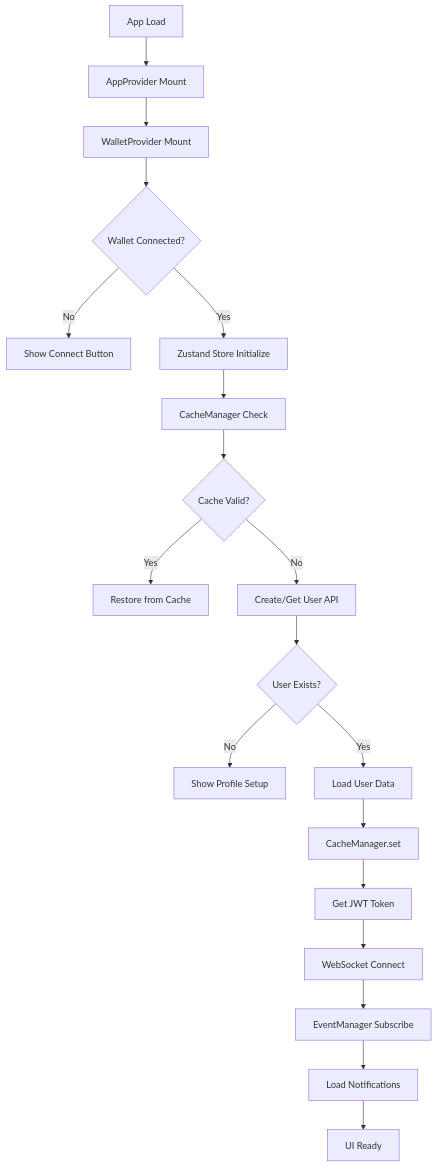
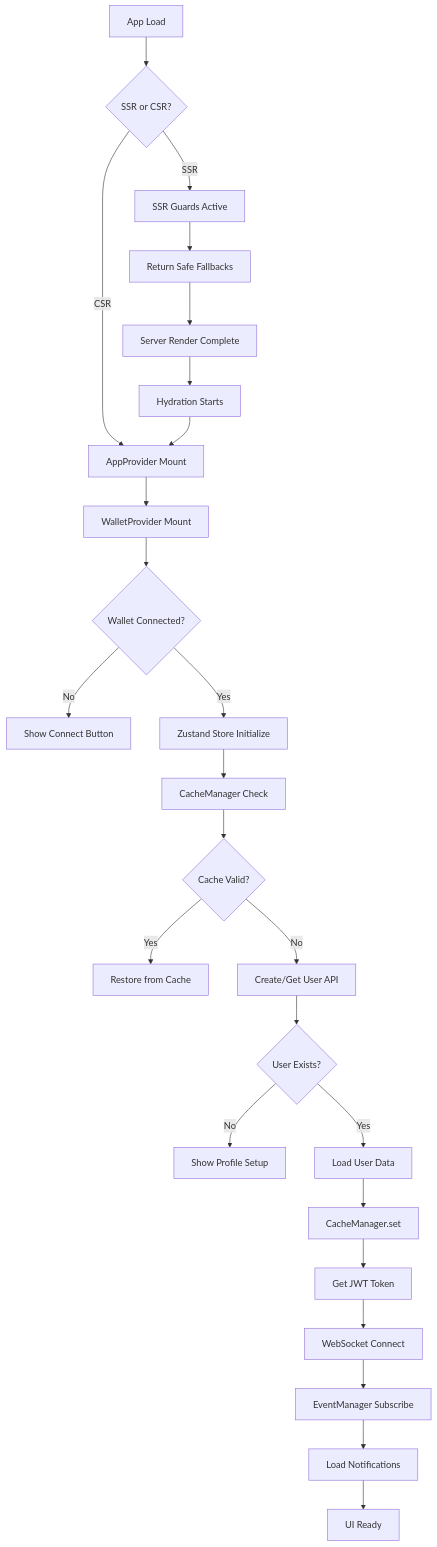
One commit to DarthNec/Fonana changed the first of 3 diagrams in docs/Fonana_Context_Flows.md. Above: the diagram before and after it, drawn with Mermaid. The commit also changed other lines of this file and 49 other files, not shown here.

Commit message:
fix: deploy all actual changes (HomePageClient, SW, WalletProvider, etc)

````diff
--- a/docs/Fonana_Context_Flows.md
+++ b/docs/Fonana_Context_Flows.md
@@ -49,21 +49,28 @@
 ```mermaid
 graph TD
-    A[App Load] --> B[AppProvider Mount]
-    B --> C[WalletProvider Mount]
-    C --> D{Wallet Connected?}
-    D -->|No| E[Show Connect Button]
-    D -->|Yes| F[Zustand Store Initialize]
-    F --> G[CacheManager Check]
-    G --> H{Cache Valid?}
-    H -->|Yes| I[Restore from Cache]
-    H -->|No| J[Create/Get User API]
-    J --> K{User Exists?}
-    K -->|No| L[Show Profile Setup]
-    K -->|Yes| M[Load User Data]
-    M --> N[CacheManager.set]
-    N --> O[Get JWT Token]
-    O --> P[WebSocket Connect]
-    P --> Q[EventManager Subscribe]
-    Q --> R[Load Notifications]
-    R --> S[UI Ready]
+    A[App Load] --> B{SSR or CSR?}
+    B -->|SSR| C[SSR Guards Active]
+    C --> D[Return Safe Fallbacks]
+    D --> E[Server Render Complete]
+    E --> F[Hydration Starts]
+    
+    B -->|CSR| G[AppProvider Mount]
+    F --> G
+    G --> H[WalletProvider Mount]
+    H --> I{Wallet Connected?}
+    I -->|No| J[Show Connect Button]
+    I -->|Yes| K[Zustand Store Initialize]
+    K --> L[CacheManager Check]
+    L --> M{Cache Valid?}
+    M -->|Yes| N[Restore from Cache]
+    M -->|No| O[Create/Get User API]
+    O --> P{User Exists?}
+    P -->|No| Q[Show Profile Setup]
+    P -->|Yes| R[Load User Data]
+    R --> S[CacheManager.set]
+    S --> T[Get JWT Token]
+    T --> U[WebSocket Connect]
+    U --> V[EventManager Subscribe]
+    V --> W[Load Notifications]
+    W --> X[UI Ready]
 ```
````
